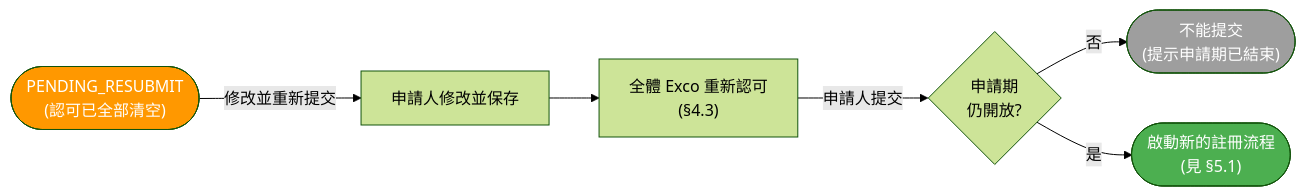
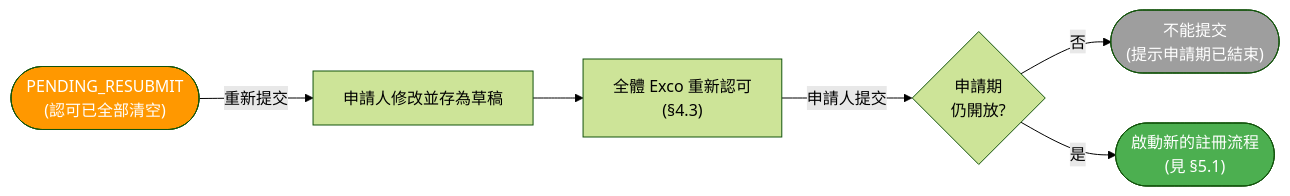
The third of 6 diagrams in docs/student-org-workflow-flowcharts.md (OneStar-Projects/SLAS-Docs), drawn with Mermaid (forest theme) before and after one commit. The commit also changed other lines of this file and 4 other files, not shown here.

````diff
--- a/docs/student-org-workflow-flowcharts.md
+++ b/docs/student-org-workflow-flowcharts.md
@@ -343,13 +350,13 @@
 ```mermaid
 flowchart LR
     Returned(["PENDING_RESUBMIT<br/>(認可已全部清空)"])
-    Returned -->|"修改並重新提交"| Save["申請人修改並保存"]
+    Returned -->|"重新提交"| Save["申請人修改並存為草稿"]
     Save --> Endorse["全體 Exco 重新認可<br/>(§4.3)"]
     Endorse -->|"申請人提交"| CheckPeriod{申請期<br/>仍開放?}
     CheckPeriod -->|"否"| Blocked(["不能提交<br/>(提示申請期已結束)"])
     CheckPeriod -->|"是"| NewProcess(["啟動新的註冊流程<br/>(見 §5.1)"])
 
     style Returned fill:#FF9800,color:#fff
     style Blocked fill:#9E9E9E,color:#fff
     style NewProcess fill:#4CAF50,color:#fff
 ```
````
